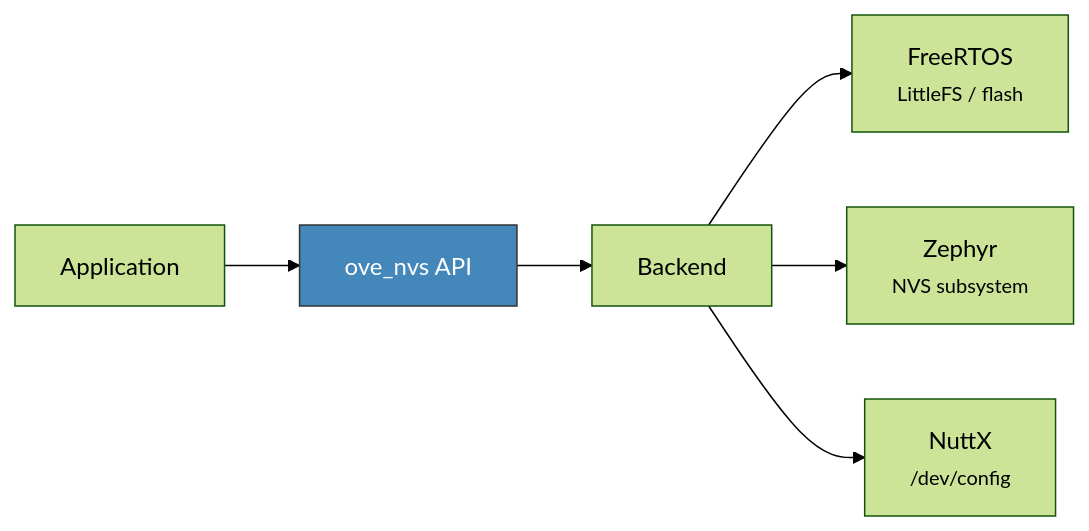
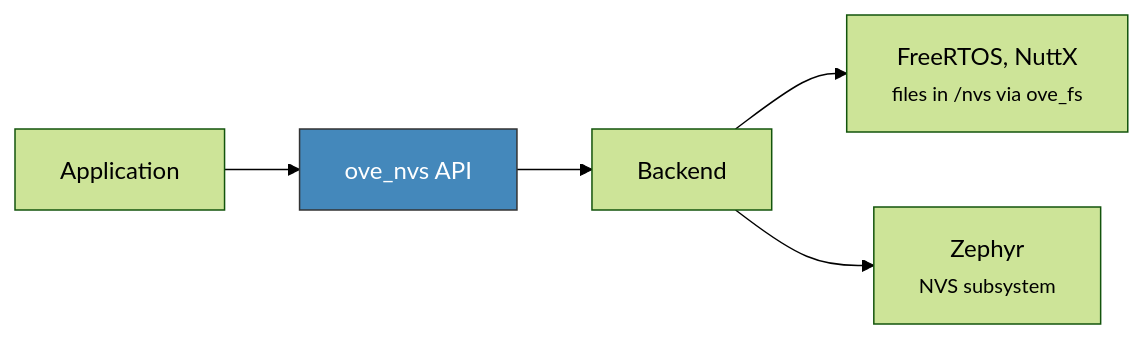
Before and after one commit to Varcain/oveRTOS: the diagram in docs-site/docs/api/nvs.md, drawn with Mermaid (forest theme). The commit also changed other lines of this file and 24 other files, not shown here.

````diff
--- a/docs-site/docs/api/nvs.md
+++ b/docs-site/docs/api/nvs.md
@@ -7,10 +7,9 @@
 ```mermaid
 graph LR
     APP["Application"] --> API["ove_nvs API"]
     API --> BE["Backend"]
-    BE --> FreeRTOS["FreeRTOS<br/><small>LittleFS / flash</small>"]
+    BE --> Files["FreeRTOS, NuttX<br/><small>files in /nvs via ove_fs</small>"]
     BE --> Zephyr["Zephyr<br/><small>NVS subsystem</small>"]
-    BE --> NuttX["NuttX<br/><small>/dev/config</small>"]
 
     style API fill:#48b,stroke:#333,color:#fff
 ```
````
